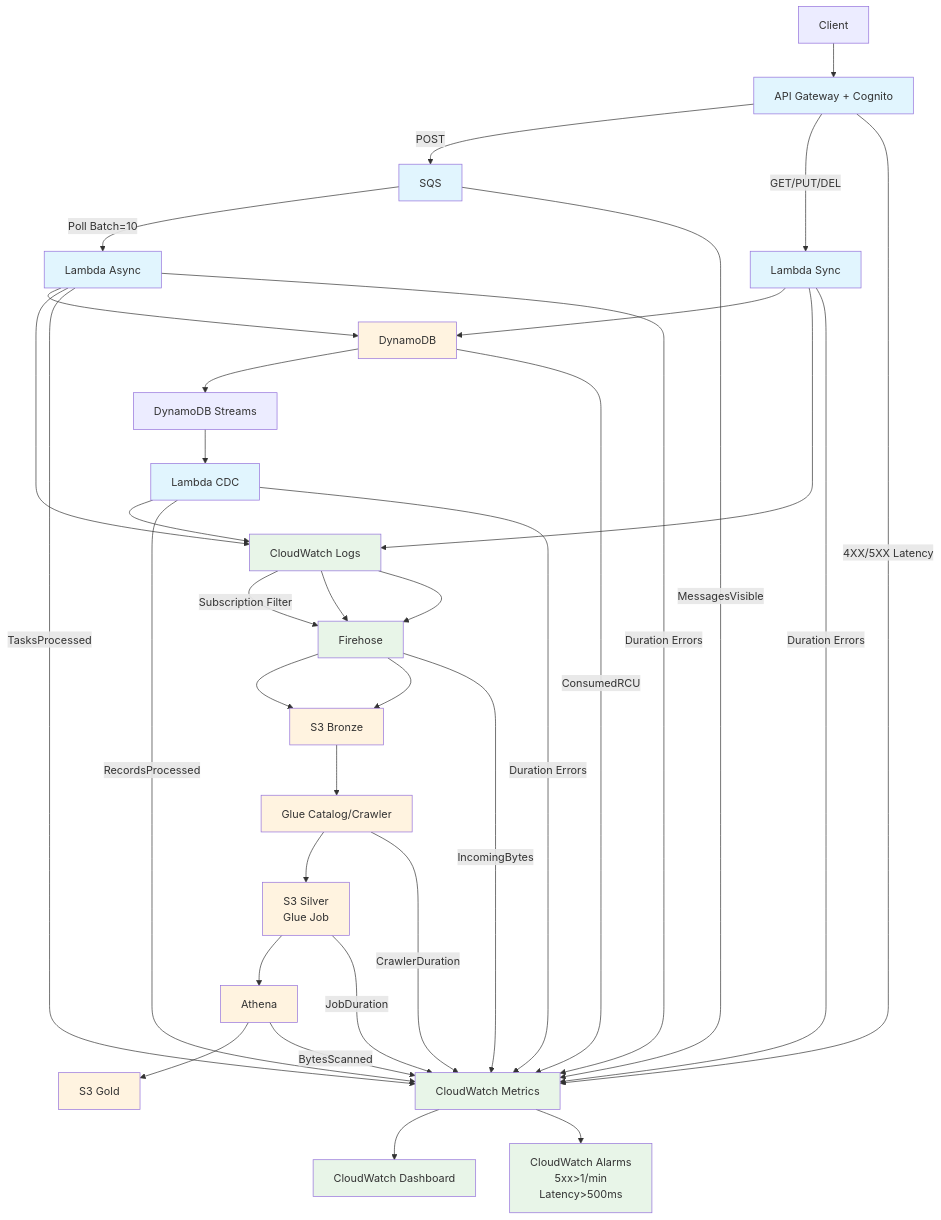
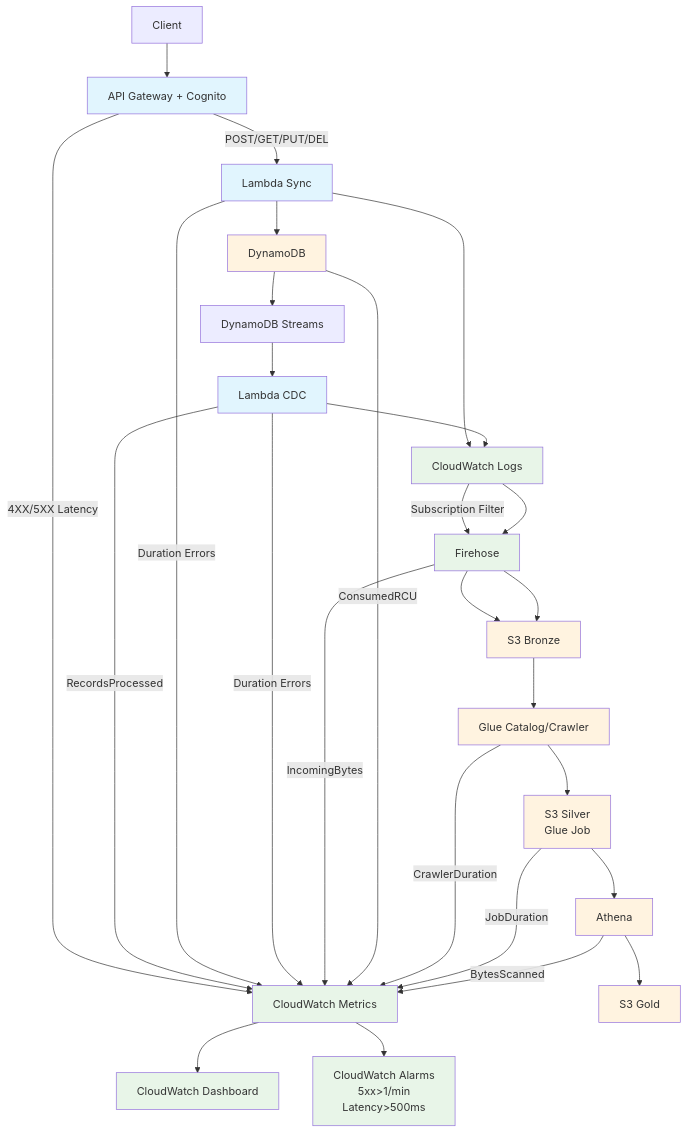
Before and after one commit to CoreosG/todo-api-with-insights: the diagram in docs/adrs/000-architecture-overview.md, drawn with Mermaid. The commit also changed other lines of this file and 6 other files, not shown here.

Commit message:
docs(adr,changelog): change system architecture choices, remove lambda async and sqs

````diff
--- a/docs/adrs/000-architecture-overview.md
+++ b/docs/adrs/000-architecture-overview.md
@@ -270,61 +268,51 @@
 ```mermaid
 graph TD
     Client --> AG[API Gateway + Cognito]
     
     %% API Layer
-    AG -->|POST| SQS
-    AG -->|GET/PUT/DEL| L1[Lambda Sync]
+    AG -->|POST/GET/PUT/DEL| L1[Lambda Sync]
     AG -->|4XX/5XX Latency| CWM[CloudWatch Metrics]
-    
-    %% Sync Lambda Flow
+
+    %% Lambda Flow
     L1 --> DDB[DynamoDB]
     L1 --> CW[CloudWatch Logs]
     CW -->|Subscription Filter| FH[Firehose]
     FH --> S3B[S3 Bronze]
-    
-    %% Async Flow
-    SQS -->|Poll Batch=10| L2[Lambda Async]
-    L2 --> DDB
-    L2 --> CW
-    CW --> FH
-    L2 -->|TasksProcessed| CWM
     
     %% CDC Flow
     DDB --> DS[DynamoDB Streams]
     DS --> L3[Lambda CDC]
     L3 --> CW
     CW --> FH
     L3 -->|RecordsProcessed| CWM
     FH --> S3B
     
     %% Data Lake
     S3B --> GC[Glue Catalog/Crawler]
     GC --> GS[S3 Silver<br/>Glue Job]
     GS --> A[Athena]
     A --> GG[S3 Gold]
     
     %% Observability Layer
     L1 -->|Duration Errors| CWM
-    L2 -->|Duration Errors| CWM
     L3 -->|Duration Errors| CWM
     FH -->|IncomingBytes| CWM
     DDB -->|ConsumedRCU| CWM
-    SQS -->|MessagesVisible| CWM
     GC -->|CrawlerDuration| CWM
     GS -->|JobDuration| CWM
     A -->|BytesScanned| CWM
     
     %% Dashboard & Alarms
     CWM --> Dashboard[CloudWatch Dashboard]
     CWM --> Alarms[CloudWatch Alarms<br/>5xx>1/min<br/>Latency>500ms]
     
     %% Styling
     classDef api fill:#e1f5fe
     classDef data fill:#f3e5f5
     classDef obs fill:#e8f5e8
     classDef dlake fill:#fff3e0
     
-    class AG,L1,L2,L3,SQS api
+    class AG,L1,L3 api
     class DDB,S3B,GC,GS,A,GG dlake
     class CW,FH,CWM,Alarms,Dashboard obs
 ```
````
